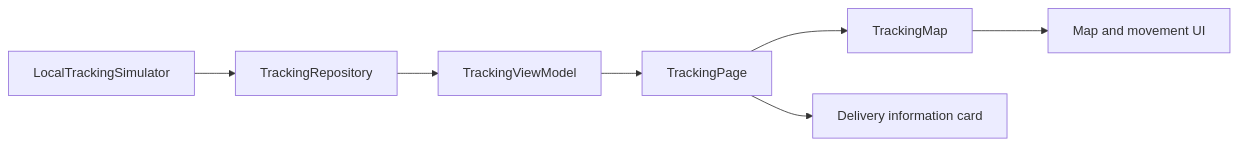
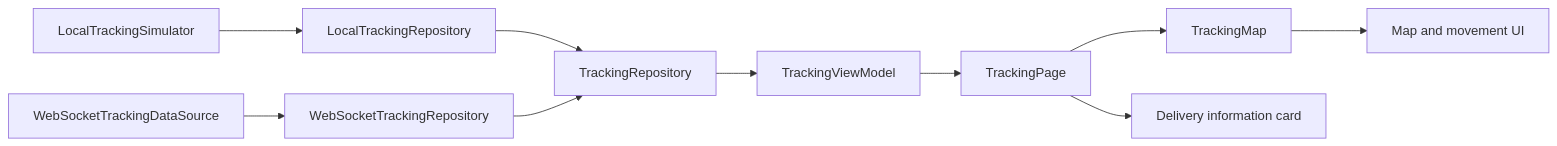
Before and after one commit to DTGlov/rider_tracking_app: the diagram in README.md, drawn with Mermaid. The commit also changed other lines of this file and 8 other files, not shown here.

Commit message:
feat: add flutter websocket tracking source

````diff
--- a/README.md
+++ b/README.md
@@ -23,9 +25,12 @@
 ```mermaid
 flowchart LR
-  S[LocalTrackingSimulator] --> R[TrackingRepository]
+  L[LocalTrackingSimulator] --> LR[LocalTrackingRepository]
+  W[WebSocketTrackingDataSource] --> WR[WebSocketTrackingRepository]
+  LR --> R[TrackingRepository]
+  WR --> R
   R --> V[TrackingViewModel]
   V --> P[TrackingPage]
   P --> M[TrackingMap]
   M --> U[Map and movement UI]
   P --> C[Delivery information card]
 ```
````
